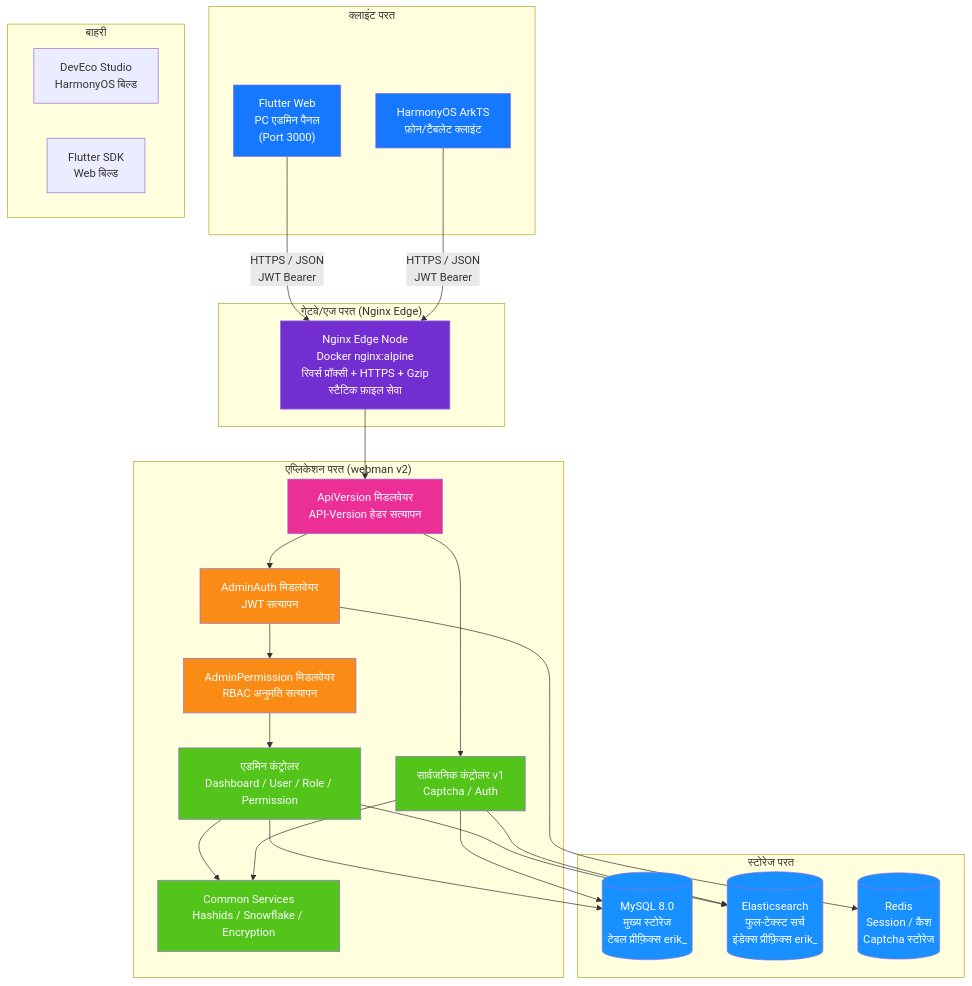
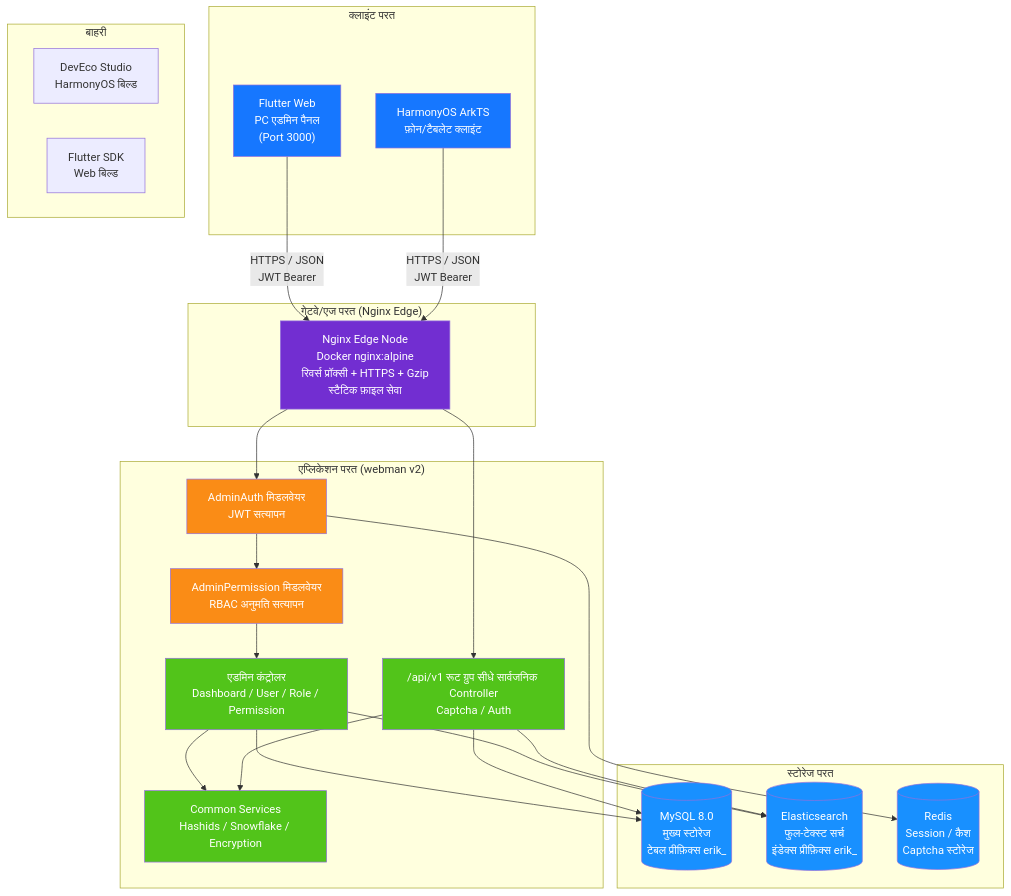
Before and after one commit to erikwang2013/open-admin: the first of 14 diagrams in docs/ARCHITECTURE.hi.md, drawn with Mermaid. The commit also changed other lines of this file and 115 other files, not shown here.

First line of the commit message:
功能：新增项目宠物「小安」、站点首页与手写 SVG 设计图集；全部文档对齐代码

````diff
--- a/docs/ARCHITECTURE.hi.md
+++ b/docs/ARCHITECTURE.hi.md
@@ -13,59 +15,56 @@
 ```mermaid
 flowchart TB
     subgraph "क्लाइंट परत"
         A1["Flutter Web<br/>PC एडमिन पैनल<br/>(Port 3000)"]
         A2["HarmonyOS ArkTS<br/>फ़ोन/टैबलेट क्लाइंट"]
     end
 
     subgraph "गेटवे/एज परत (Nginx Edge)"
         B1["Nginx Edge Node<br/>Docker nginx:alpine<br/>रिवर्स प्रॉक्सी + HTTPS + Gzip<br/>स्टैटिक फ़ाइल सेवा"]
     end
 
     subgraph "एप्लिकेशन परत (webman v2)"
-        C0["ApiVersion मिडलवेयर<br/>API-Version हेडर सत्यापन"]
         C1["AdminAuth मिडलवेयर<br/>JWT सत्यापन"]
         C2["AdminPermission मिडलवेयर<br/>RBAC अनुमति सत्यापन"]
         C3["एडमिन कंट्रोलर<br/>Dashboard / User / Role / Permission"]
-        C4["सार्वजनिक कंट्रोलर v1<br/>Captcha / Auth"]
+        C4["/api/v1 रूट ग्रुप सीधे सार्वजनिक Controller<br/>Captcha / Auth"]
         C5["Common Services<br/>Hashids / Snowflake / Encryption"]
     end
 
     subgraph "स्टोरेज परत"
         D1[("MySQL 8.0<br/>मुख्य स्टोरेज<br/>टेबल प्रीफ़िक्स erik_")]
         D2[("Elasticsearch<br/>फुल-टेक्स्ट सर्च<br/>इंडेक्स प्रीफ़िक्स erik_")]
         D3[("Redis<br/>Session / कैश<br/>Captcha स्टोरेज")]
     end
 
     subgraph "बाहरी"
         E1["DevEco Studio<br/>HarmonyOS बिल्ड"]
         E2["Flutter SDK<br/>Web बिल्ड"]
     end
 
     A1 -->|"HTTPS / JSON<br/>JWT Bearer"| B1
     A2 -->|"HTTPS / JSON<br/>JWT Bearer"| B1
-    B1 --> C0
-    C0 --> C1
+    B1 --> C1
+    B1 --> C4
     C1 --> C2
     C2 --> C3
-    C0 --> C4
     C3 --> C5
     C4 --> C5
     C3 --> D1
     C4 --> D1
     C3 --> D2
     C4 --> D2
     C1 --> D3
 
     style A1 fill:#1677FF,color:#fff
     style A2 fill:#1677FF,color:#fff
     style B1 fill:#722ED1,color:#fff
-    style C0 fill:#EB2F96,color:#fff
     style C1 fill:#FA8C16,color:#fff
     style C2 fill:#FA8C16,color:#fff
     style C3 fill:#52C41A,color:#fff
     style C4 fill:#52C41A,color:#fff
     style C5 fill:#52C41A,color:#fff
     style D1 fill:#1890FF,color:#fff
     style D2 fill:#1890FF,color:#fff
     style D3 fill:#1890FF,color:#fff
 ```
````
